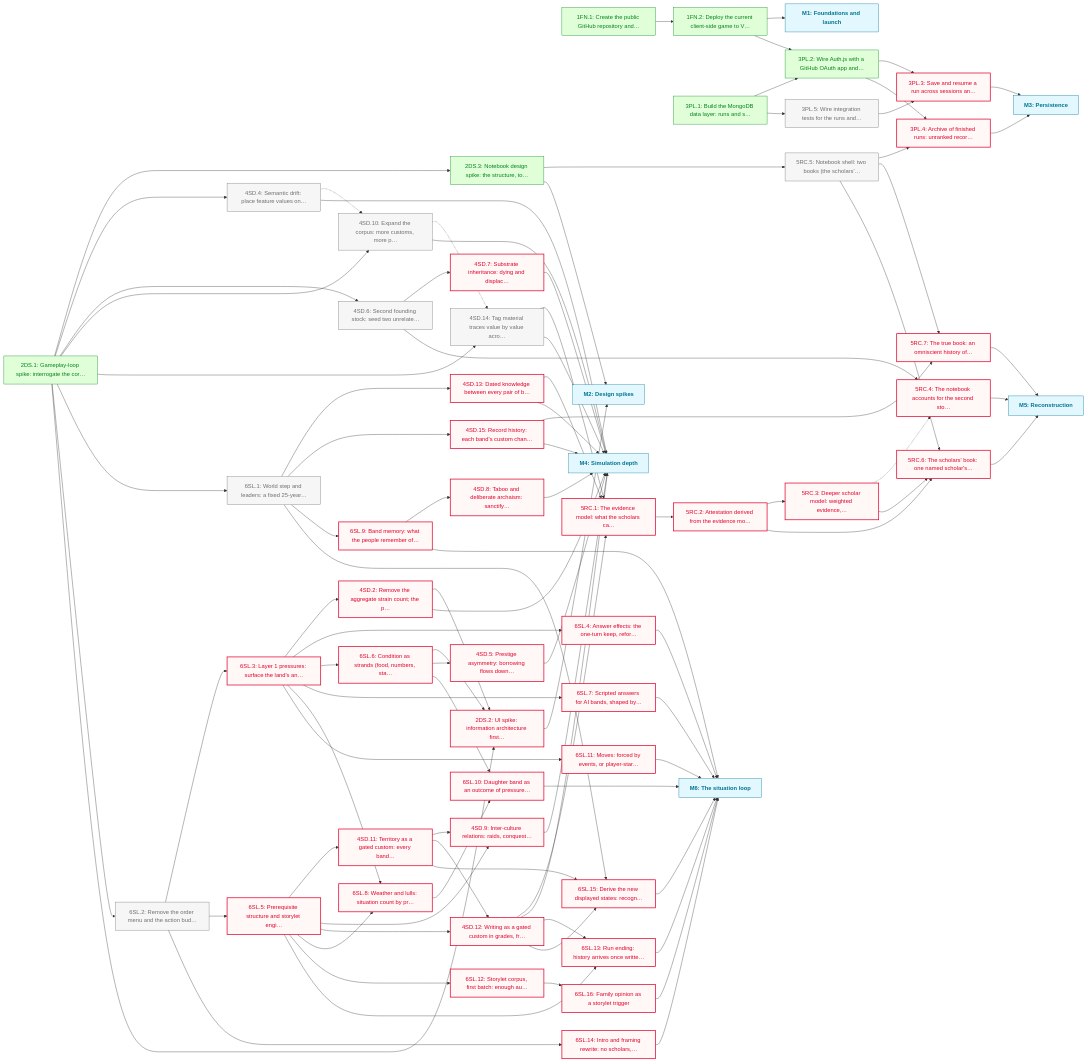
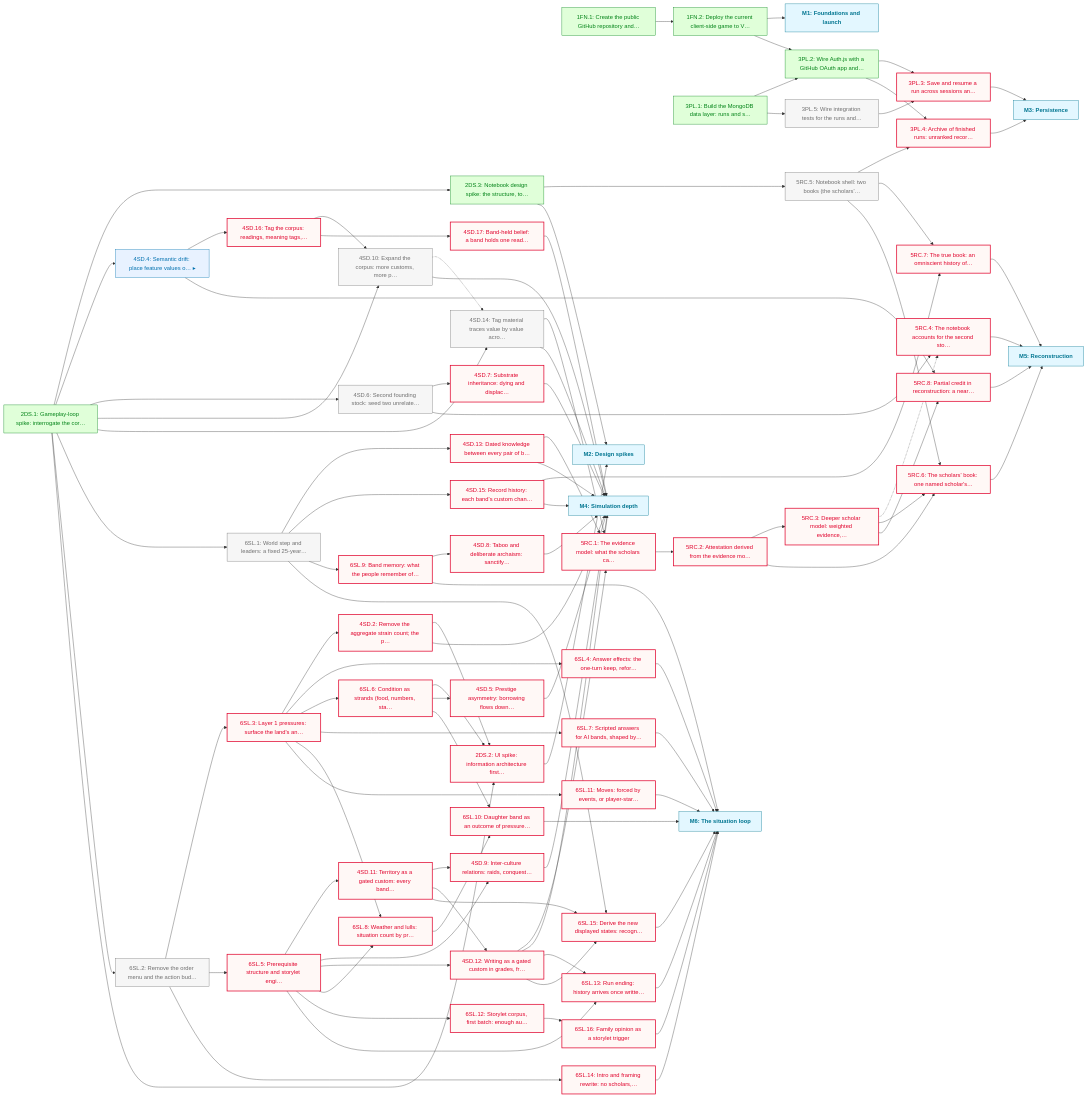
One commit to JasonWarrenUK/urheimat changed the diagram in docs/roadmaps/PHASE_1.md. Above: the diagram before and after it, drawn with Mermaid. The commit also changed other lines of this file and 3 other files, not shown here.

First line of the commit message:
chore(roadmap): apply the 4SD.4 pilot batch

````diff
--- a/docs/roadmaps/PHASE_1.md
+++ b/docs/roadmaps/PHASE_1.md
@@ -161,11 +164,13 @@
 	3PL.2["3PL.2: Wire Auth.js with a GitHub OAuth app and…"]
 	3PL.5["3PL.5: Wire integration tests for the runs and…"]
 	3PL.3["3PL.3: Save and resume a run across sessions an…"]
-	4SD.4["4SD.4: Semantic drift: place feature values on…"]
+	4SD.4["4SD.4: Semantic drift: place feature values o… ▸"]
 	4SD.6["4SD.6: Second founding stock: seed two unrelate…"]
 	4SD.7["4SD.7: Substrate inheritance: dying and displac…"]
+	4SD.16["4SD.16: Tag the corpus: readings, meaning tags,…"]
 	4SD.10["4SD.10: Expand the corpus: more customs, more p…"]
 	4SD.14["4SD.14: Tag material traces value by value acro…"]
+	4SD.17["4SD.17: Band-held belief: a band holds one read…"]
 	5RC.5["5RC.5: Notebook shell: two books (the scholars'…"]
 	3PL.4["3PL.4: Archive of finished runs: unranked recor…"]
 	M3["M3: Persistence"]:::mile
@@ -186,6 +191,7 @@
 	5RC.3["5RC.3: Deeper scholar model: weighted evidence,…"]
 	5RC.4["5RC.4: The notebook accounts for the second sto…"]
 	5RC.6["5RC.6: The scholars' book: one named scholar's…"]
+	5RC.8["5RC.8: Partial credit in reconstruction: a near…"]
 	M5["M5: Reconstruction"]:::mile
 	6SL.6["6SL.6: Condition as strands (food, numbers, sta…"]
 	2DS.2["2DS.2: UI spike: information architecture first…"]
@@ -223,15 +229,18 @@
 	3PL.2 --> 3PL.4
 	3PL.5 --> 3PL.3
 	3PL.3 --> M3
-	4SD.4 -.-> 4SD.10
-	4SD.4 --> M4
+	4SD.4 --> 4SD.16
+	4SD.4 --> 5RC.8
 	4SD.6 --> 4SD.7
 	4SD.6 --> 5RC.4
 	4SD.7 --> M4
+	4SD.16 --> 4SD.10
+	4SD.16 --> 4SD.17
 	4SD.10 -.-> 4SD.14
 	4SD.10 --> M4
 	4SD.14 --> 5RC.1
 	4SD.14 --> M4
+	4SD.17 --> M4
 	5RC.5 --> 3PL.4
 	5RC.5 --> 5RC.7
 	5RC.5 --> 5RC.6
@@ -276,8 +285,10 @@
 	5RC.2 --> 5RC.6
 	5RC.3 -.-> 5RC.4
 	5RC.3 --> 5RC.6
+	5RC.3 --> 5RC.8
 	5RC.4 --> M5
 	5RC.6 --> M5
+	5RC.8 --> M5
 	6SL.6 --> 2DS.2
 	6SL.6 --> 4SD.5
 	6SL.6 --> 6SL.10
@@ -295,7 +306,8 @@
 	6SL.14 --> M6
 	6SL.15 --> M6
 	6SL.16 --> M6
-	class 3PL.5,4SD.10,4SD.14,4SD.4,4SD.6,5RC.5,6SL.1,6SL.2 todo
-	class 2DS.2,3PL.3,3PL.4,4SD.11,4SD.12,4SD.13,4SD.15,4SD.2,4SD.5,4SD.7,4SD.8,4SD.9,5RC.1,5RC.2,5RC.3,5RC.4,5RC.6,5RC.7,6SL.10,6SL.11,6SL.12,6SL.13,6SL.14,6SL.15,6SL.16,6SL.3,6SL.4,6SL.5,6SL.6,6SL.7,6SL.8,6SL.9 blocked
+	class 3PL.5,4SD.10,4SD.14,4SD.6,5RC.5,6SL.1,6SL.2 todo
+	class 4SD.4 inProgress
+	class 2DS.2,3PL.3,3PL.4,4SD.11,4SD.12,4SD.13,4SD.15,4SD.16,4SD.17,4SD.2,4SD.5,4SD.7,4SD.8,4SD.9,5RC.1,5RC.2,5RC.3,5RC.4,5RC.6,5RC.7,5RC.8,6SL.10,6SL.11,6SL.12,6SL.13,6SL.14,6SL.15,6SL.16,6SL.3,6SL.4,6SL.5,6SL.6,6SL.7,6SL.8,6SL.9 blocked
 	class 1FN.1,1FN.2,2DS.1,2DS.3,3PL.1,3PL.2 done
 ```
````
